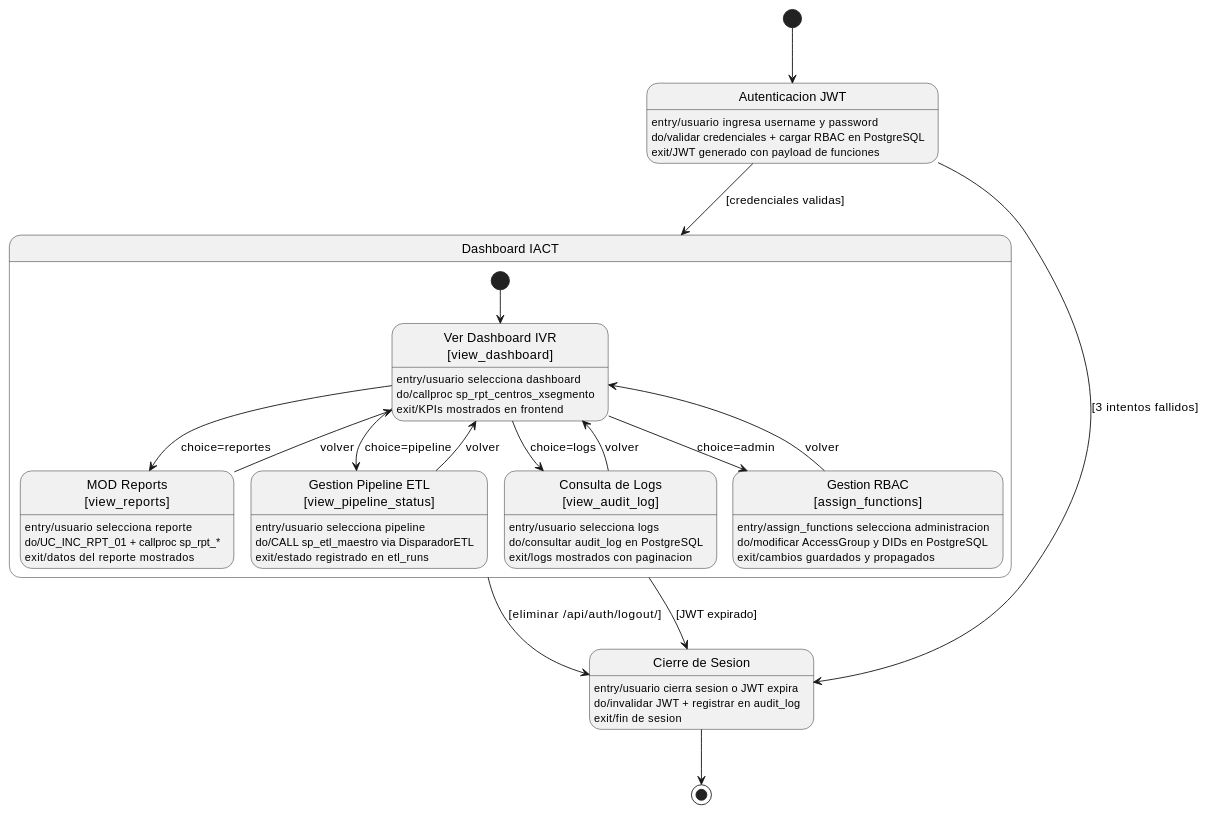
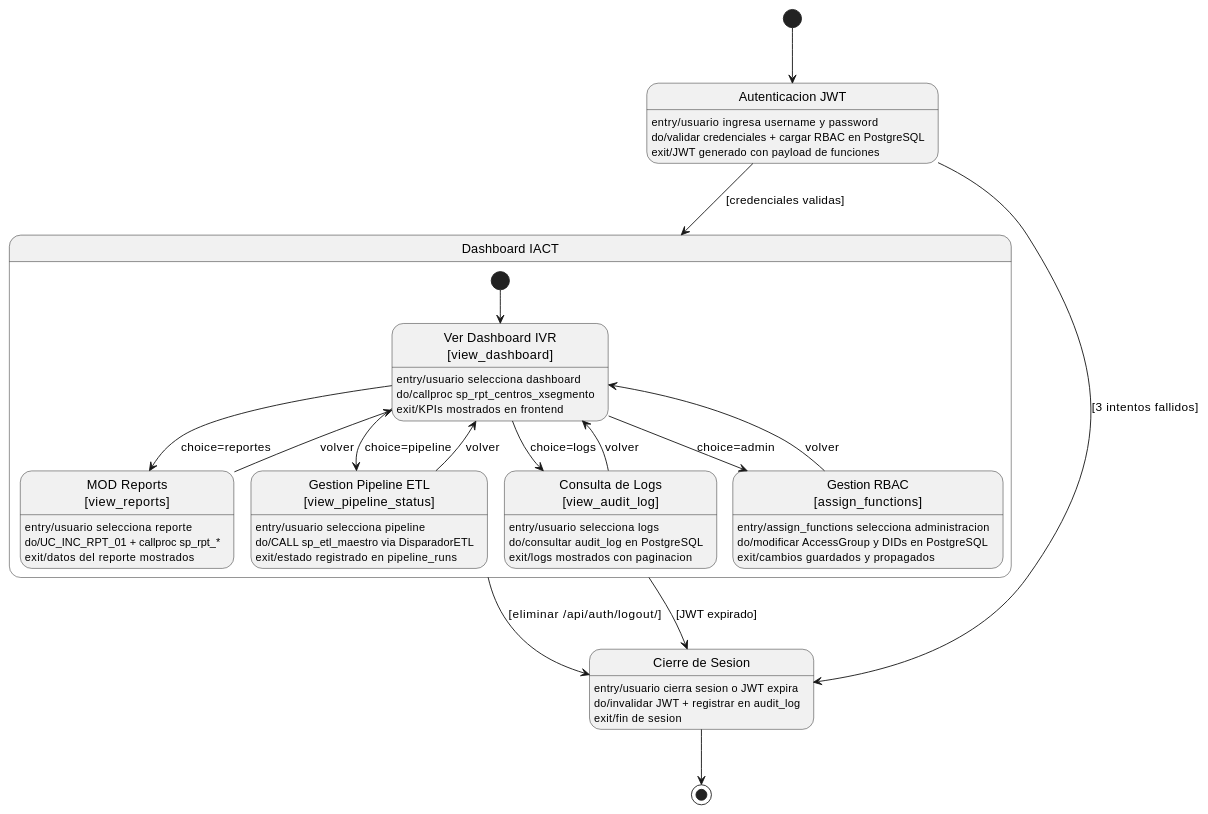
The diagram in source/arquitectura-tecnica/system-view/maquina-estados-sistema-iact.rst (jcg-admin/IACT-docs), drawn with PlantUML before and after one commit. The commit also changed 96 other files, not shown here.

First line of the commit message:
Apply CNST-033: rename ETL→Pipeline in domain-model + sweep refs

```diff
--- a/source/arquitectura-tecnica/system-view/maquina-estados-sistema-iact.rst
+++ b/source/arquitectura-tecnica/system-view/maquina-estados-sistema-iact.rst
@@ -29,61 +29,61 @@
 .. uml::
  :caption: Figura 8 — Diagrama de maquina de estados (sesion IACT)
 
  @startuml
 
  state "Autenticacion JWT" as SERVICIO_AUTH
  SERVICIO_AUTH : entry/usuario ingresa username y password
  SERVICIO_AUTH : do/validar credenciales + cargar RBAC en PostgreSQL
  SERVICIO_AUTH : exit/JWT generado con payload de funciones
 
  state "Dashboard IACT" as DASHBOARD_IVR {
    state "Ver Dashboard IVR\n[view_dashboard]" as S_DASH
    state "MOD Reports\n[view_reports]" as S_RPT
    state "Gestion Pipeline ETL\n[view_pipeline_status]" as S_ETL
    state "Consulta de Logs\n[view_audit_log]" as S_LOG
    state "Gestion RBAC\n[assign_functions]" as S_RBAC
 
    S_DASH : entry/usuario selecciona dashboard
    S_DASH : do/callproc sp_rpt_centros_xsegmento
    S_DASH : exit/KPIs mostrados en frontend
 
    S_RPT : entry/usuario selecciona reporte
    S_RPT : do/UC_INC_RPT_01 + callproc sp_rpt_*
    S_RPT : exit/datos del reporte mostrados
 
    S_ETL : entry/usuario selecciona pipeline
    S_ETL : do/CALL sp_etl_maestro via DisparadorETL
-   S_ETL : exit/estado registrado en etl_runs
+   S_ETL : exit/estado registrado en pipeline_runs
 
    S_LOG : entry/usuario selecciona logs
    S_LOG : do/consultar audit_log en PostgreSQL
    S_LOG : exit/logs mostrados con paginacion
 
    S_RBAC : entry/assign_functions selecciona administracion
    S_RBAC : do/modificar AccessGroup y DIDs en PostgreSQL
    S_RBAC : exit/cambios guardados y propagados
 
    [*] --> S_DASH
    S_DASH --> S_RPT : choice=reportes
    S_DASH --> S_ETL : choice=pipeline
    S_DASH --> S_LOG : choice=logs
    S_DASH --> S_RBAC : choice=admin
    S_RPT --> S_DASH : volver
    S_ETL --> S_DASH : volver
    S_LOG --> S_DASH : volver
    S_RBAC --> S_DASH : volver
  }
 
  state "Cierre de Sesion" as CIERRE_SESION
  CIERRE_SESION : entry/usuario cierra sesion o JWT expira
  CIERRE_SESION : do/invalidar JWT + registrar en audit_log
  CIERRE_SESION : exit/fin de sesion
 
  [*] --> SERVICIO_AUTH
  SERVICIO_AUTH --> DASHBOARD_IVR : [credenciales validas]
  SERVICIO_AUTH --> CIERRE_SESION : [3 intentos fallidos]
  DASHBOARD_IVR --> CIERRE_SESION : [eliminar /api/auth/logout/]
  DASHBOARD_IVR --> CIERRE_SESION : [JWT expirado]
  CIERRE_SESION --> [*]
 
  @enduml
```
